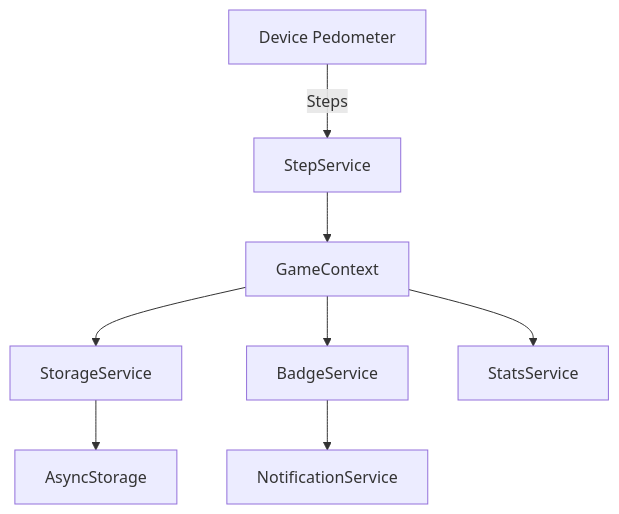
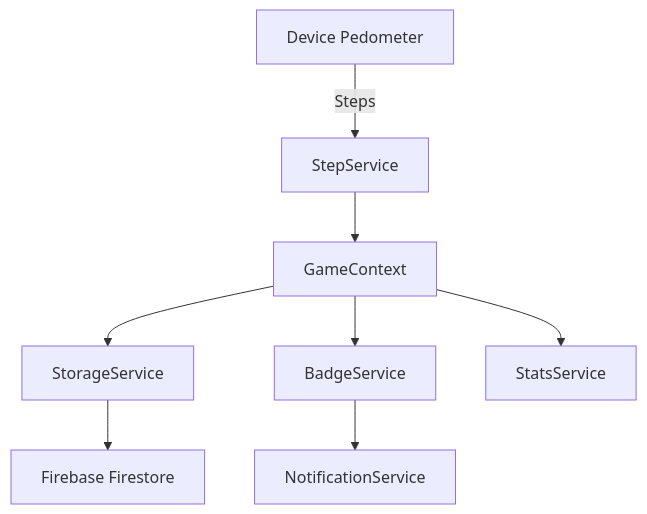
One commit to newrishav-debug/Stridr changed the diagram in docs/FUNCTIONAL_DESIGN_DOCUMENT.md. Above: the diagram before and after it, drawn with Mermaid. The commit also changed other lines of this file and 4 other files, not shown here.

````diff
--- a/docs/FUNCTIONAL_DESIGN_DOCUMENT.md
+++ b/docs/FUNCTIONAL_DESIGN_DOCUMENT.md
@@ -351,10 +419,10 @@
 ```mermaid
 graph TD
     A[Device Pedometer] -->|Steps| B[StepService]
     B --> C[GameContext]
     C --> D[StorageService]
-    D --> E[AsyncStorage]
+    D --> E[Firebase Firestore]
     C --> F[BadgeService]
     C --> G[StatsService]
     F --> H[NotificationService]
 ```
````
